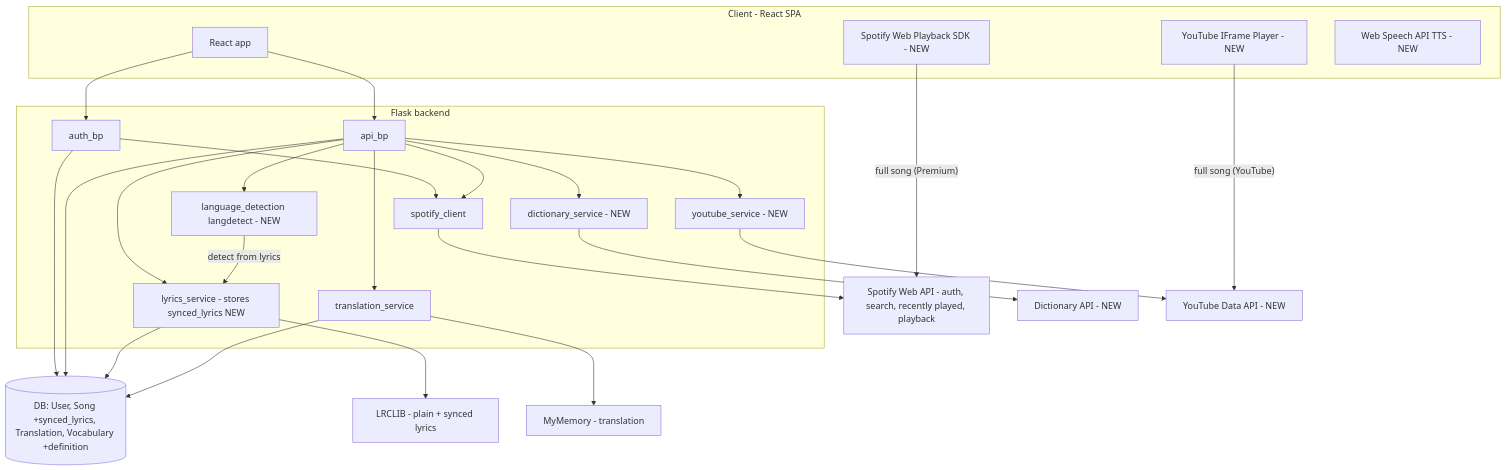
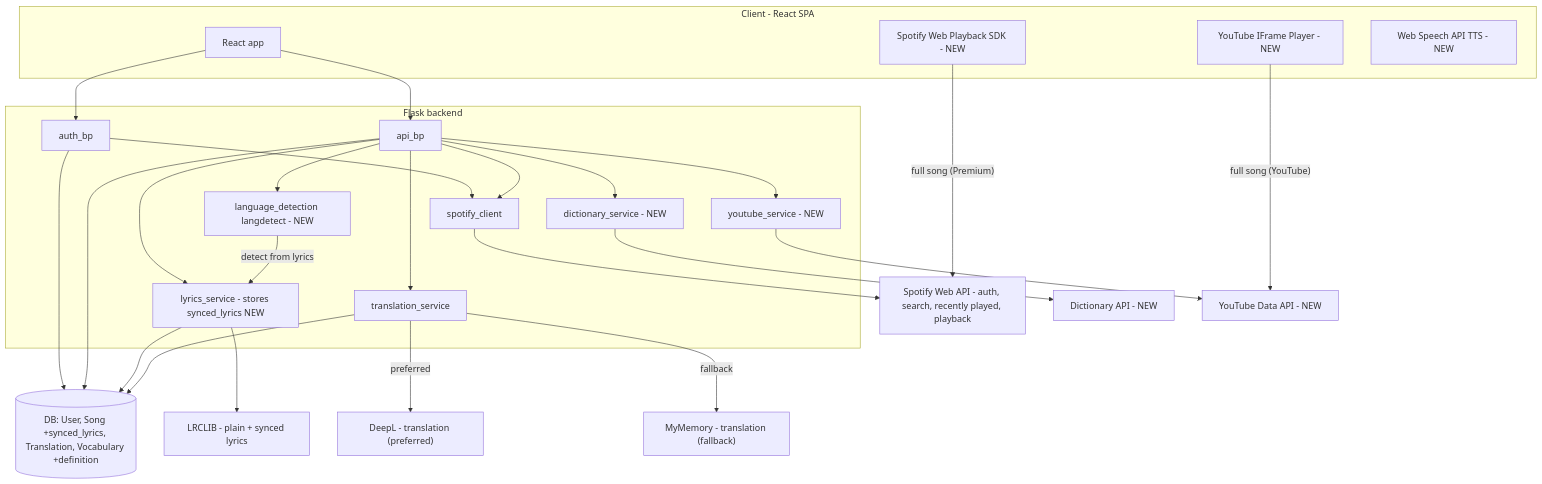
Before and after one commit to ishraqb/Linguify: the first of 4 diagrams in docs/ARCHITECTURE.md, drawn with Mermaid. The commit also changed other lines of this file and 4 other files, not shown here.

Commit message:
Add DeepL translation with automatic MyMemory fallback

````diff
--- a/docs/ARCHITECTURE.md
+++ b/docs/ARCHITECTURE.md
@@ -46,53 +46,55 @@
 ```mermaid
 flowchart TD
     subgraph client [Client - React SPA]
         Browser["React app"]
         SpotifySDK["Spotify Web Playback SDK - NEW"]
         YouTubePlayer["YouTube IFrame Player - NEW"]
         WebSpeech["Web Speech API TTS - NEW"]
     end
 
     subgraph server [Flask backend]
         AuthBp["auth_bp"]
         ApiBp["api_bp"]
         SpotifyClient["spotify_client"]
         LyricsSvc["lyrics_service - stores synced_lyrics NEW"]
         LangSvc["language_detection langdetect - NEW"]
         TransSvc["translation_service"]
         DictSvc["dictionary_service - NEW"]
         YtSvc["youtube_service - NEW"]
     end
 
     DB[("DB: User, Song +synced_lyrics, Translation, Vocabulary +definition")]
 
     Spotify["Spotify Web API - auth, search, recently played, playback"]
     LRCLIB["LRCLIB - plain + synced lyrics"]
-    MyMemory["MyMemory - translation"]
+    DeepL["DeepL - translation (preferred)"]
+    MyMemory["MyMemory - translation (fallback)"]
     Dictionary["Dictionary API - NEW"]
     YouTube["YouTube Data API - NEW"]
 
     Browser --> AuthBp
     Browser --> ApiBp
     SpotifySDK -->|"full song (Premium)"| Spotify
     YouTubePlayer -->|"full song (YouTube)"| YouTube
 
     AuthBp --> SpotifyClient
     ApiBp --> SpotifyClient
     ApiBp --> LyricsSvc
     ApiBp --> LangSvc
     ApiBp --> TransSvc
     ApiBp --> DictSvc
     ApiBp --> YtSvc
 
     SpotifyClient --> Spotify
     LyricsSvc --> LRCLIB
     LangSvc -->|"detect from lyrics"| LyricsSvc
-    TransSvc --> MyMemory
+    TransSvc -->|"preferred"| DeepL
+    TransSvc -->|"fallback"| MyMemory
     DictSvc --> Dictionary
     YtSvc --> YouTube
 
     AuthBp --> DB
     ApiBp --> DB
     LyricsSvc --> DB
     TransSvc --> DB
 ```
````
